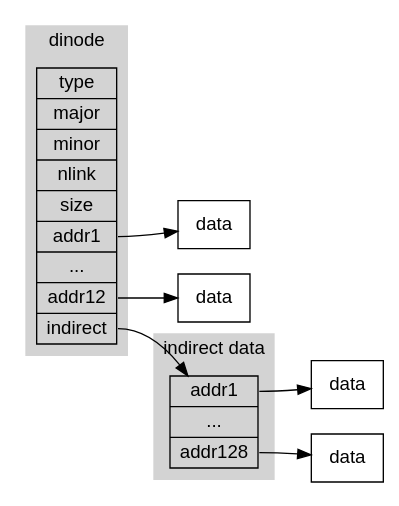
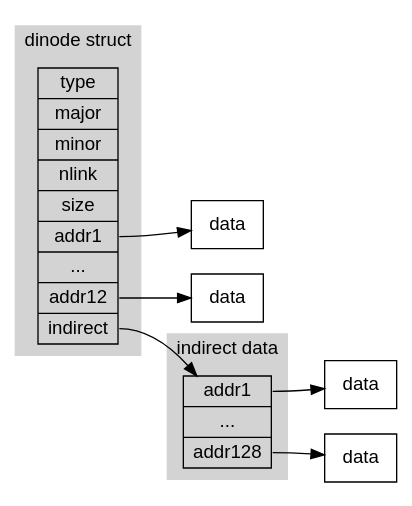
One commit to Jeanhwea/xv6-course changed the diagram in img/dinode.dot. Above: the diagram before and after it, drawn with Graphviz.

```diff
--- a/img/dinode.dot
+++ b/img/dinode.dot
@@ -1,60 +1,60 @@
 digraph {
   fontname="Helvetica,Arial,sans-serif"
   node [fontname="Helvetica,Arial,sans-serif"];
   edge [fontname="Helvetica,Arial,sans-serif"];
   ratio = auto
   graph [
     rankdir = "LR"
   ];
   subgraph cluster_dinode {
-    label = dinode
+    label = "dinode struct"
     style = filled
     color = lightgray
     dinode [
       label = "type|major|minor|nlink|size|<f1>addr1|...|<f2>addr12|<f3>indirect"
       shape = "record"
     ];
     // dinode:s -> dinode_text [style="invis"];
     // dinode_text [
     //   label = "dinode"
     //   shape = none
     // ];
   }
   dinode:f1 -> data01;
   data01 [
     label = "data"
     shape = "record"
   ];
   dinode:f2 -> data12;
   data12 [
     label = "data"
     shape = "record"
   ];
 
   subgraph cluster_indrnode {
     label = "indirect data"
     style = filled
     color = lightgray
     indrnode [
       label = "<f1>addr1|...|<f2>addr128"
       shape = "record"
     ];
     dinode:f3 -> indrnode;
     // indrnode:s -> indrnode0 [style="invis"];
     // indrnode0 [
     //   label = "indirect data"
     //   shape = none
     // ];
   }
 
   indrnode:f1 -> idata01;
   idata01 [
     label = "data"
     shape = "record"
   ];
   indrnode:f2 -> idata128;
   idata128 [
     label = "data"
     shape = "record"
   ];
 }
```
